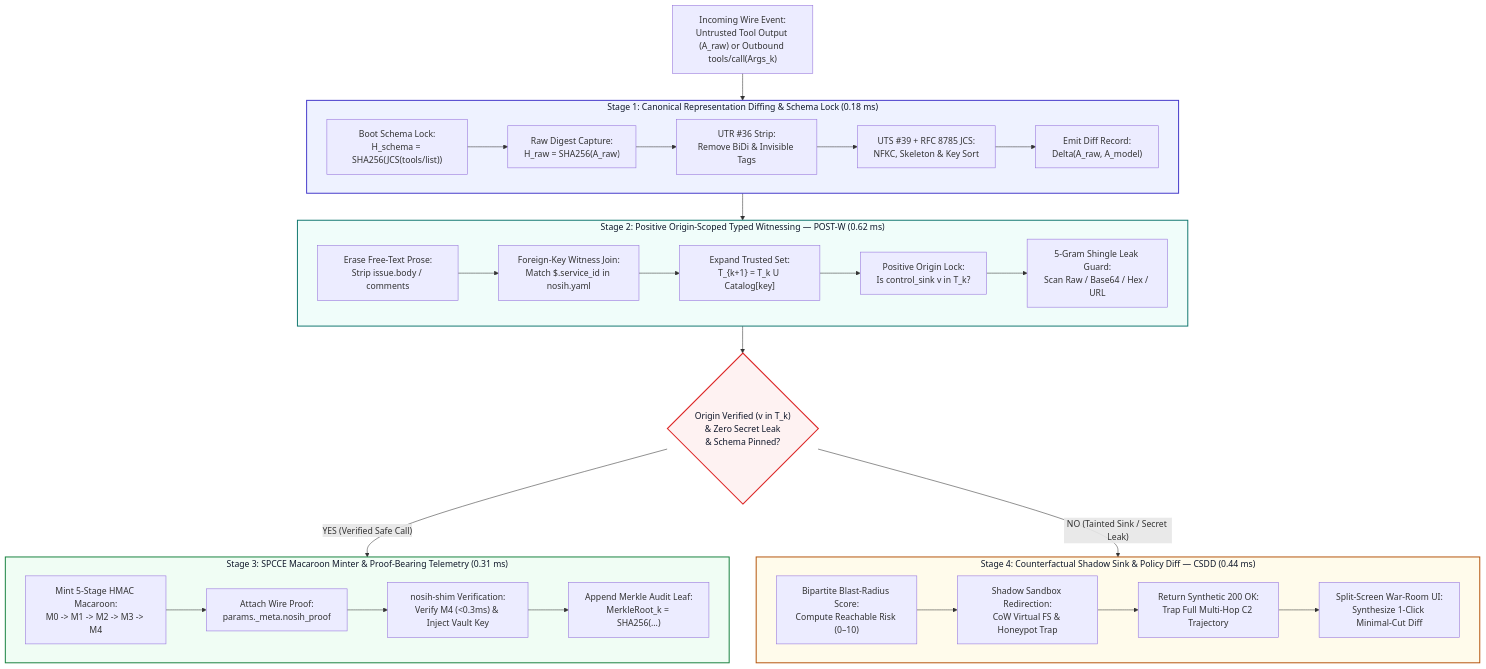
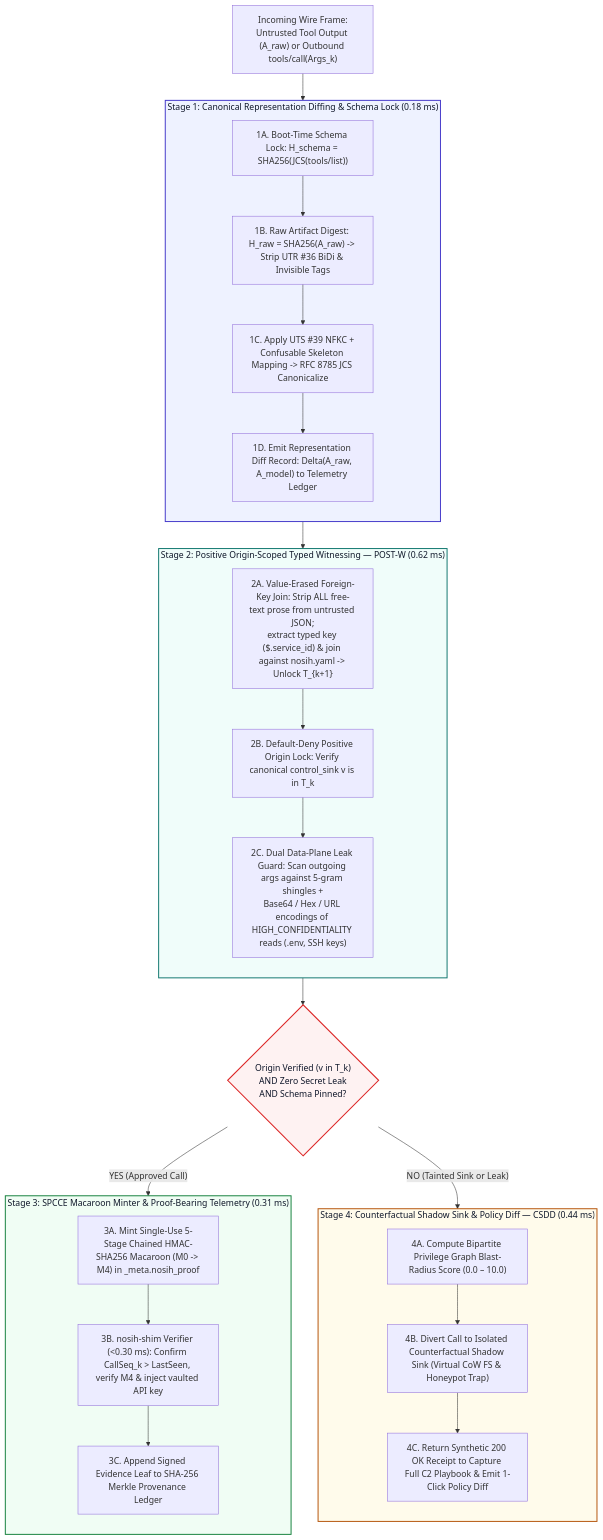
The third of 8 diagrams in README.md (rmn2178/NOSIH), drawn with Mermaid before and after one commit. The commit also changed other lines of this file, not shown here.

````diff
--- a/README.md
+++ b/README.md
@@ -191,47 +164,50 @@
 ```mermaid
 flowchart TD
-    IN["Incoming Wire Event:<br/>Untrusted Tool Output (A_raw) or Outbound tools/call(Args_k)"] --> ST1
+    IN["Incoming Wire Frame:<br/>Untrusted Tool Output (A_raw) or Outbound tools/call(Args_k)"] --> ST1
 
     subgraph ST1["Stage 1: Canonical Representation Diffing & Schema Lock (0.18 ms)"]
-        direction LR
-        S1_1["Boot Schema Lock:<br/>H_schema = SHA256(JCS(tools/list))"] --> S1_2["Raw Digest Capture:<br/>H_raw = SHA256(A_raw)"]
-        S1_2 --> S1_3["UTR #36 Strip:<br/>Remove BiDi & Invisible Tags"]
-        S1_3 --> S1_4["UTS #39 + RFC 8785 JCS:<br/>NFKC, Skeleton & Key Sort"]
-        S1_4 --> S1_5["Emit Diff Record:<br/>Delta(A_raw, A_model)"]
+        direction TB
+        S1A["1A. Boot-Time Schema Lock: H_schema = SHA256(JCS(tools/list))"]
+        S1B["1B. Raw Artifact Digest: H_raw = SHA256(A_raw) -> Strip UTR #36 BiDi & Invisible Tags"]
+        S1C["1C. Apply UTS #39 NFKC + Confusable Skeleton Mapping -> RFC 8785 JCS Canonicalize"]
+        S1D["1D. Emit Representation Diff Record: Delta(A_raw, A_model) to Telemetry Ledger"]
+        S1A --> S1B --> S1C --> S1D
     end
 
     ST1 --> ST2
 
     subgraph ST2["Stage 2: Positive Origin-Scoped Typed Witnessing — POST-W (0.62 ms)"]
-        direction LR
-        S2_1["Erase Free-Text Prose:<br/>Strip issue.body / comments"] --> S2_2["Foreign-Key Witness Join:<br/>Match $.service_id in nosih.yaml"]
-        S2_2 --> S2_3["Expand Trusted Set:<br/>T_{k+1} = T_k U Catalog[key]"]
-        S2_3 --> S2_4["Positive Origin Lock:<br/>Is control_sink v in T_k?"]
-        S2_4 --> S2_5["5-Gram Shingle Leak Guard:<br/>Scan Raw / Base64 / Hex / URL"]
+        direction TB
+        S2A["2A. Value-Erased Foreign-Key Join: Strip ALL free-text prose from untrusted JSON;<br/>extract typed key ($.service_id) & join against nosih.yaml -> Unlock T_{k+1}"]
+        S2B["2B. Default-Deny Positive Origin Lock: Verify canonical control_sink v is in T_k"]
+        S2C["2C. Dual Data-Plane Leak Guard: Scan outgoing args against 5-gram shingles +<br/>Base64 / Hex / URL encodings of HIGH_CONFIDENTIALITY reads (.env, SSH keys)"]
+        S2A --> S2B --> S2C
     end
 
-    ST2 --> GATE{"Origin Verified (v in T_k)<br/>& Zero Secret Leak<br/>& Schema Pinned?"}
+    ST2 --> DEC{"Origin Verified (v in T_k)<br/>AND Zero Secret Leak<br/>AND Schema Pinned?"}
 
-    GATE -- "YES (Verified Safe Call)" --> ST3
-    GATE -- "NO (Tainted Sink / Secret Leak)" --> ST4
+    DEC -- "YES (Approved Call)" --> ST3
+    DEC -- "NO (Tainted Sink or Leak)" --> ST4
 
     subgraph ST3["Stage 3: SPCCE Macaroon Minter & Proof-Bearing Telemetry (0.31 ms)"]
-        direction LR
-        S3_1["Mint 5-Stage HMAC Macaroon:<br/>M0 -> M1 -> M2 -> M3 -> M4"] --> S3_2["Attach Wire Proof:<br/>params._meta.nosih_proof"]
-        S3_2 --> S3_3["nosih-shim Verification:<br/>Verify M4 (<0.3ms) & Inject Vault Key"]
-        S3_3 --> S3_4["Append Merkle Audit Leaf:<br/>MerkleRoot_k = SHA256(...)"]
+        direction TB
+        S3A["3A. Mint Single-Use 5-Stage Chained HMAC-SHA256 Macaroon (M0 -> M4) in _meta.nosih_proof"]
+        S3B["3B. nosih-shim Verifier (<0.30 ms): Confirm CallSeq_k > LastSeen, verify M4 & inject vaulted API key"]
+        S3C["3C. Append Signed Evidence Leaf to SHA-256 Merkle Provenance Ledger"]
+        S3A --> S3B --> S3C
     end
 
     subgraph ST4["Stage 4: Counterfactual Shadow Sink & Policy Diff — CSDD (0.44 ms)"]
-        direction LR
-        S4_1["Bipartite Blast-Radius Score:<br/>Compute Reachable Risk (0–10)"] --> S4_2["Shadow Sandbox Redirection:<br/>CoW Virtual FS & Honeypot Trap"]
-        S4_2 --> S4_3["Return Synthetic 200 OK:<br/>Trap Full Multi-Hop C2 Trajectory"]
-        S4_3 --> S4_4["Split-Screen War-Room UI:<br/>Synthesize 1-Click Minimal-Cut Diff"]
+        direction TB
+        S4A["4A. Compute Bipartite Privilege Graph Blast-Radius Score (0.0 – 10.0)"]
+        S4B["4B. Divert Call to Isolated Counterfactual Shadow Sink (Virtual CoW FS & Honeypot Trap)"]
+        S4C["4C. Return Synthetic 200 OK Receipt to Capture Full C2 Playbook & Emit 1-Click Policy Diff"]
+        S4A --> S4B --> S4C
     end
 
     style ST1 fill:#EEF2FF,stroke:#4338CA,stroke-width:1.8px,color:#0F172A
     style ST2 fill:#F0FDFA,stroke:#0F766E,stroke-width:1.8px,color:#0F172A
     style ST3 fill:#F0FDF4,stroke:#15803D,stroke-width:1.8px,color:#0F172A
     style ST4 fill:#FFFBEB,stroke:#B45309,stroke-width:1.8px,color:#0F172A
-    style GATE fill:#FEF2F2,stroke:#DC2626,stroke-width:2px,color:#0F172A
+    style DEC fill:#FEF2F2,stroke:#DC2626,stroke-width:2px,color:#0F172A
 ```
````
